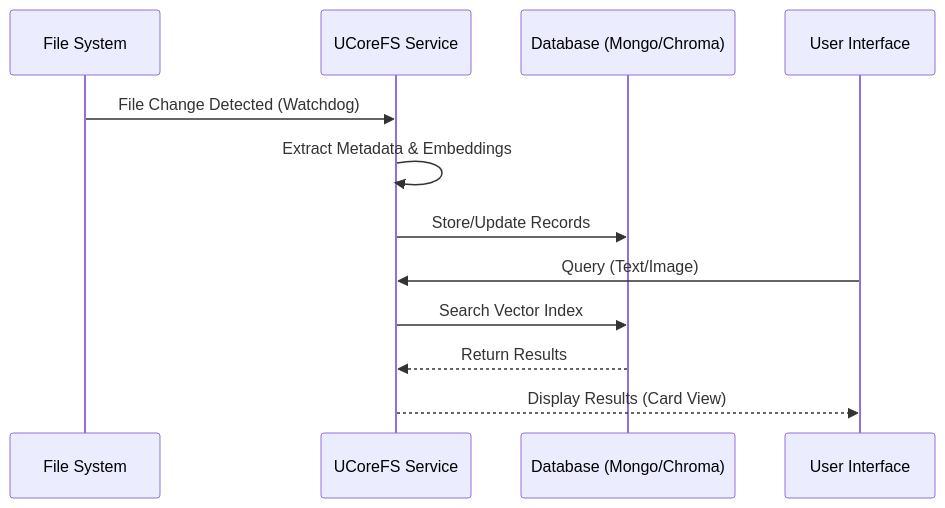
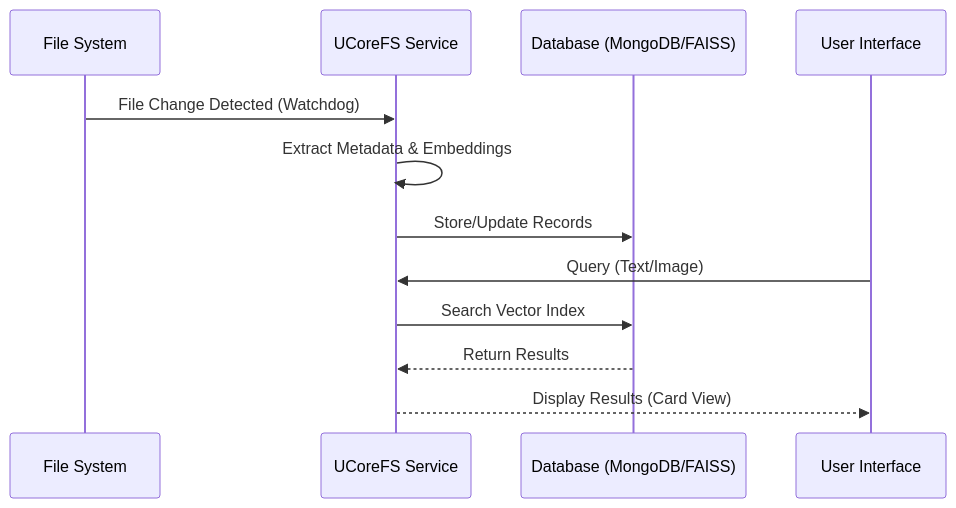
The second of 2 diagrams in docs/architecture.md (Sanali209/galactic-ionosphere), drawn with Mermaid before and after one commit. The commit also changed other lines of this file and 178 other files, not shown here.

````diff
--- a/docs/architecture.md
+++ b/docs/architecture.md
@@ -52,16 +52,16 @@
 ```mermaid
 sequenceDiagram
     participant OS as File System
     participant FS as UCoreFS Service
-    participant DB as Database (Mongo/Chroma)
+    participant DB as Database (MongoDB/FAISS)
     participant UI as User Interface
 
     OS->>FS: File Change Detected (Watchdog)
     FS->>FS: Extract Metadata & Embeddings
     FS->>DB: Store/Update Records
     
     UI->>FS: Query (Text/Image)
     FS->>DB: Search Vector Index
     DB-->>FS: Return Results
     FS-->>UI: Display Results (Card View)
 ```
````
